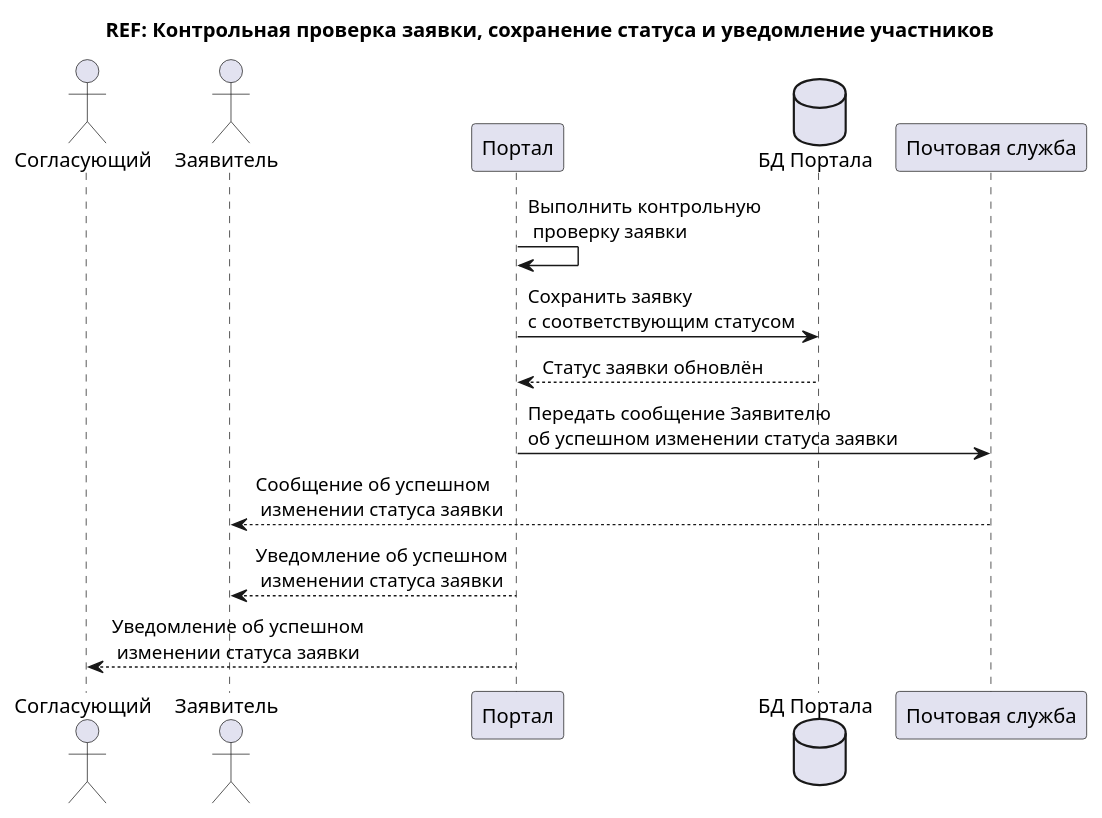
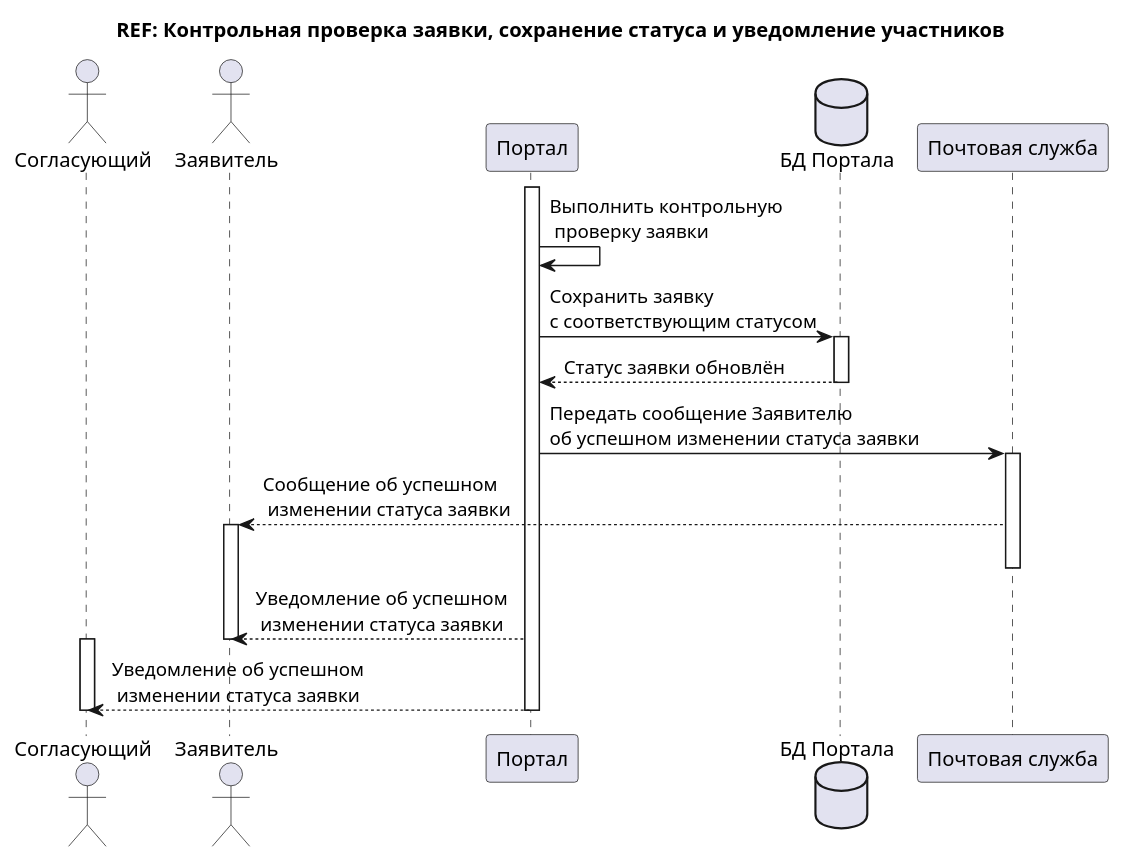
Before and after one commit to TrofimovMax/Information-Security-System: the second of 2 diagrams in source/sequence/UC-03_sequence_review_request.puml, drawn with PlantUML. The commit also changed other lines of this file and 2 other files, not shown here.

Commit message:
improvement: adds activation bars for sequence diagram Part III

```diff
--- a/source/sequence/UC-03_sequence_review_request.puml
+++ b/source/sequence/UC-03_sequence_review_request.puml
@@ -216,20 +267,28 @@
 @startuml REF_UpdateStatusAndNotify
 title REF: Контрольная проверка заявки, сохранение статуса и уведомление участников
 
 actor "Согласующий" as Approver
 actor "Заявитель" as Requester
 participant "Портал" as Portal
 database "БД Портала" as DB
 participant "Почтовая служба" as Mail
 
+activate Portal
 Portal -> Portal: Выполнить контрольную\n проверку заявки
+Portal -> DB: Сохранить заявку\nс соответствующим статусом
+activate DB
+DB --> Portal: Статус заявки обновлён
+deactivate DB
+Portal -> Mail: Передать сообщение Заявителю\nоб успешном изменении статуса заявки
+activate Mail
+Mail --> Requester: Cообщение об успешном\n изменении статуса заявки
+activate Requester
+deactivate Mail
 
-Portal -> DB: Сохранить заявку\nс соответствующим статусом
-DB --> Portal: Статус заявки обновлён
-
-Portal -> Mail: Передать сообщение Заявителю\nоб успешном изменении статуса заявки
-Mail --> Requester: Cообщение об успешном\n изменении статуса заявки
 Portal --> Requester: Уведомление об успешном\n изменении статуса заявки
+deactivate Requester
+activate Approver
 Portal --> Approver: Уведомление об успешном\n изменении статуса заявки
-
+deactivate Portal
+deactivate Approver
 @enduml
```
